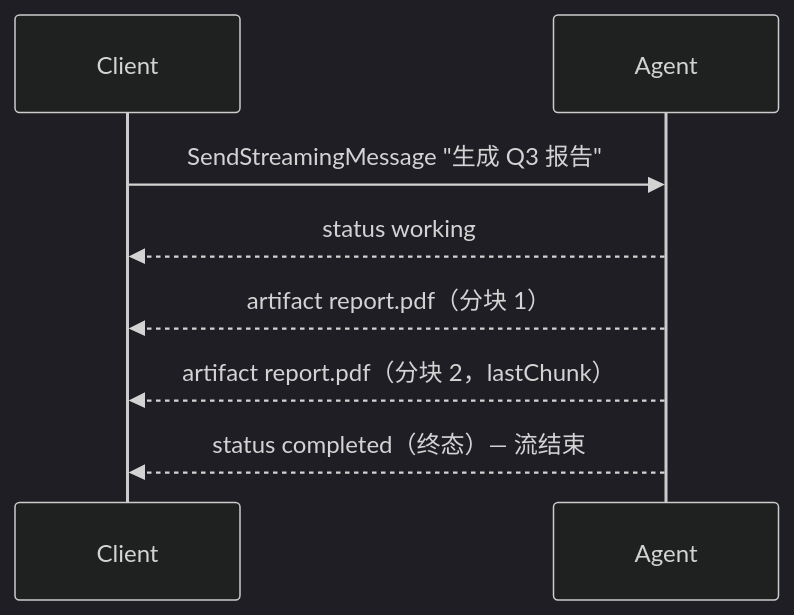
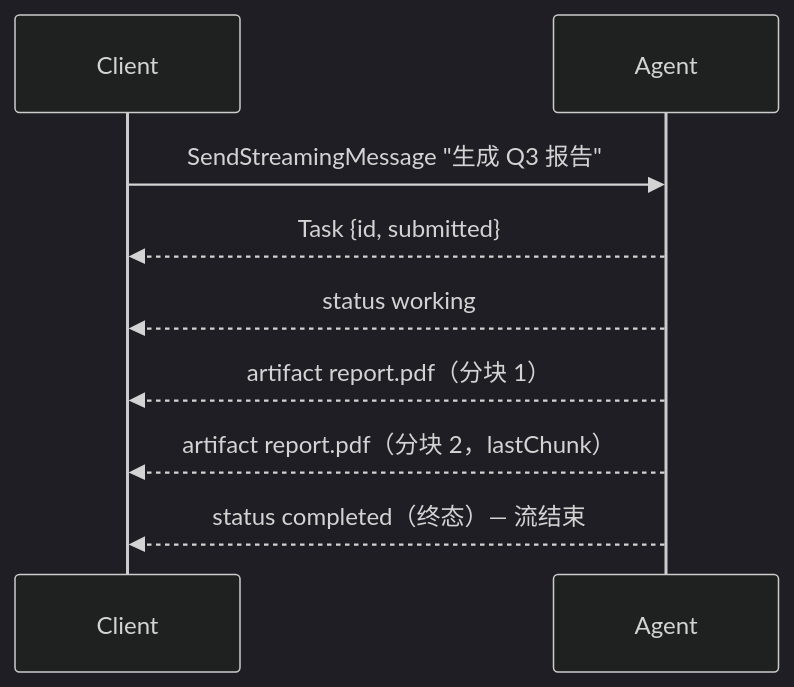
One commit to trpc-group/trpc-a2a-go changed the third of 7 diagrams in docs/mkdocs/zh/protocol.md. Above: the diagram before and after it, drawn with Mermaid (dark theme). The commit also changed other lines of this file and 4 other files, not shown here.

````diff
--- a/docs/mkdocs/zh/protocol.md
+++ b/docs/mkdocs/zh/protocol.md
@@ -126,10 +126,11 @@
 ```mermaid
 sequenceDiagram
     participant C as Client
     participant A as Agent
     C->>A: SendStreamingMessage "生成 Q3 报告"
+    A-->>C: Task {id, submitted}
     A-->>C: status working
     A-->>C: artifact report.pdf（分块 1）
     A-->>C: artifact report.pdf（分块 2，lastChunk）
     A-->>C: status completed（终态）— 流结束
 ```
````
